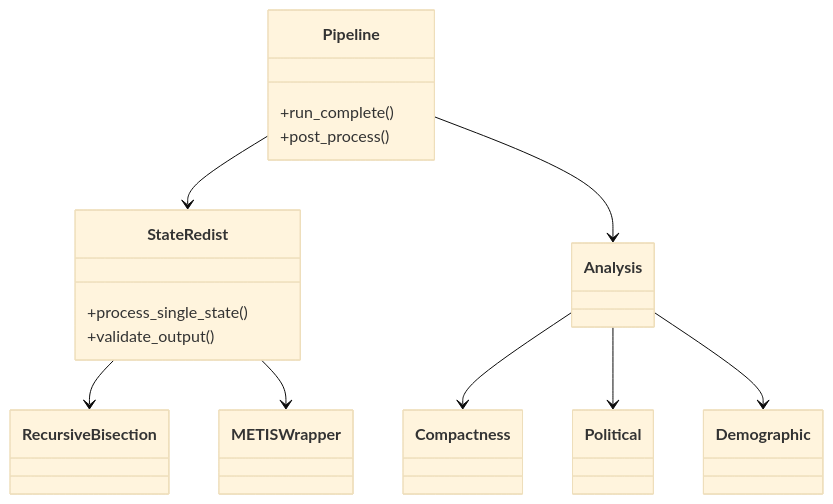
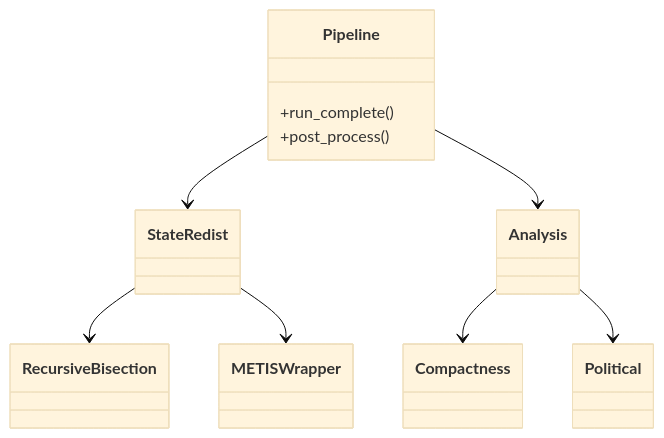
One commit to giodl73-repo/DEXTRO changed the third of 15 diagrams in .claude/skills/create-architecture-diagram/SKILL.md. Above: the diagram before and after it, drawn with Mermaid (base theme). The commit also changed other lines of this file and 3 other files, not shown here.

````diff
--- a/.claude/skills/create-architecture-diagram/SKILL.md
+++ b/.claude/skills/create-architecture-diagram/SKILL.md
@@ -110,20 +69,14 @@
 ```mermaid
 classDiagram
     Pipeline --> StateRedist
     Pipeline --> Analysis
     StateRedist --> RecursiveBisection
     StateRedist --> METISWrapper
     Analysis --> Compactness
     Analysis --> Political
-    Analysis --> Demographic
 
     class Pipeline {
         +run_complete()
         +post_process()
     }
-
-    class StateRedist {
-        +process_single_state()
-        +validate_output()
-    }
 ```
````
